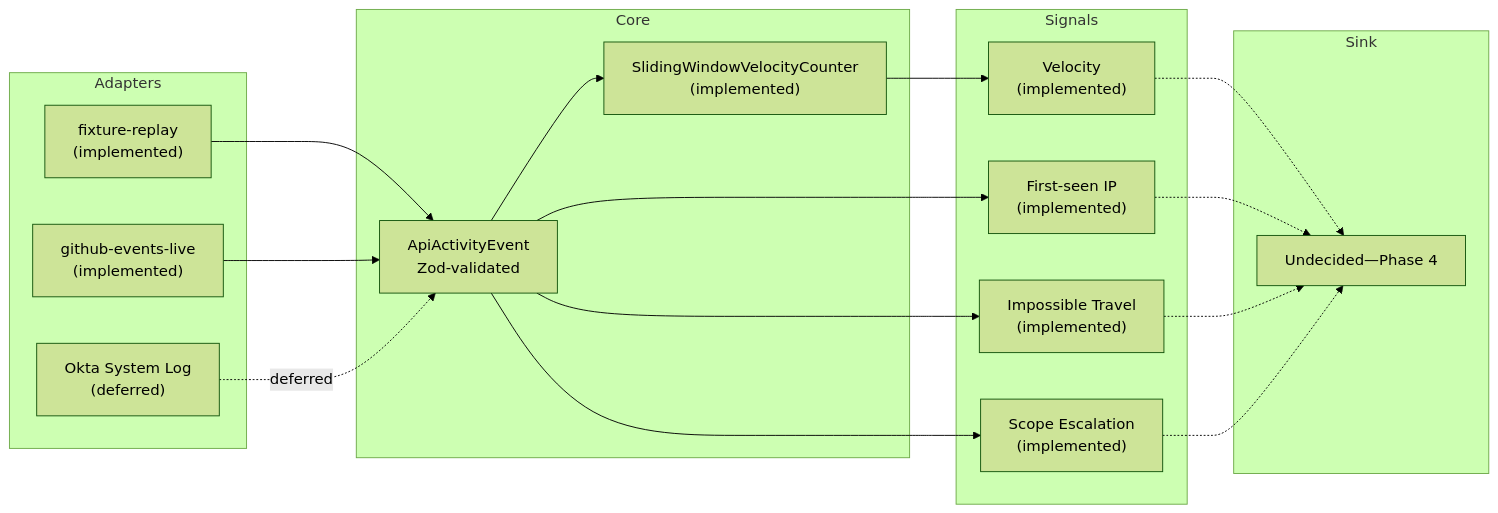
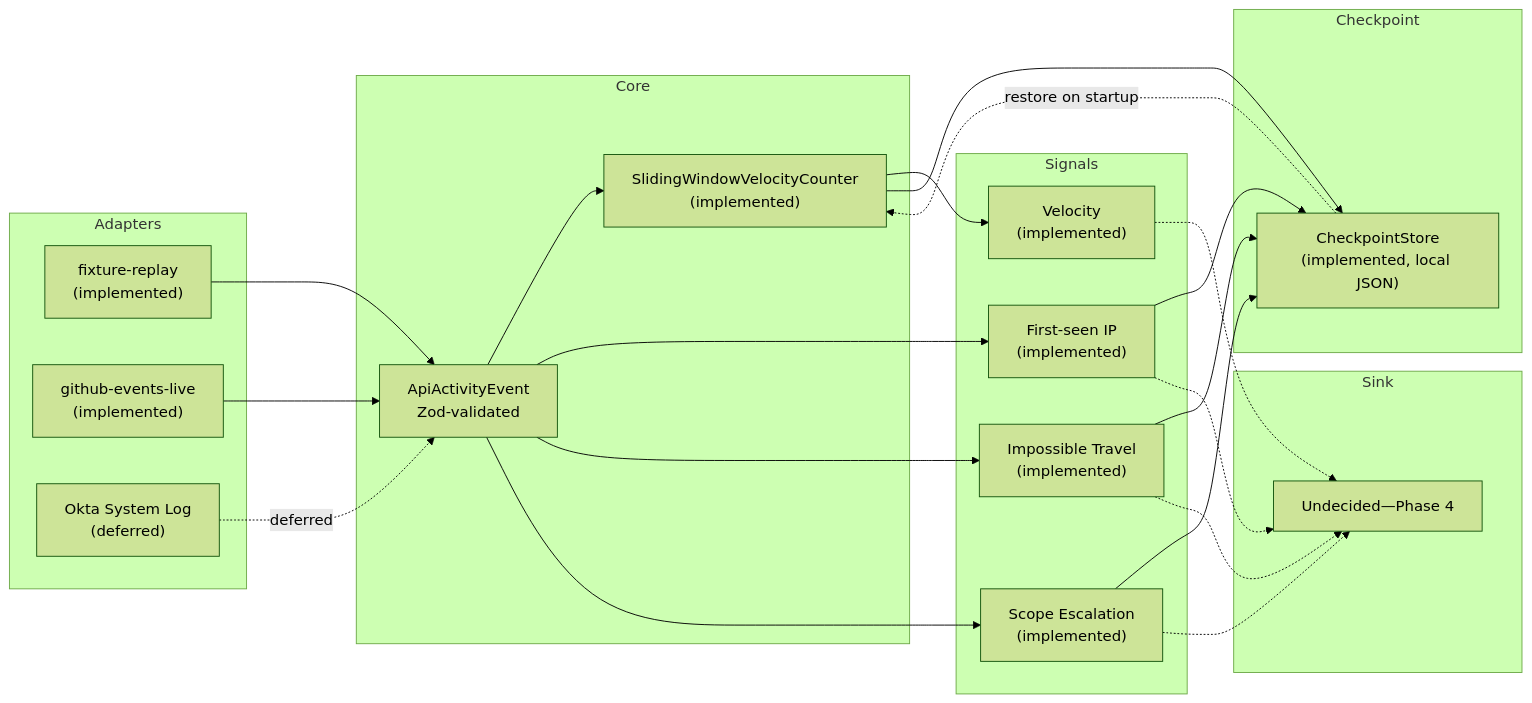
The diagram in README.md (obrienma/Xylem-L6), drawn with Mermaid (forest theme) before and after one commit. The commit also changed other lines of this file and 14 other files, not shown here.

First line of the commit message:
feat(core): add Phase 3 checkpointing — local JSON snapshot + restore-on-restart   (Phase 3)

````diff
--- a/README.md
+++ b/README.md
@@ -84,34 +85,42 @@
 ```mermaid
 flowchart LR
     subgraph Adapters
         F["fixture-replay\n(implemented)"]
         G["github-events-live\n(implemented)"]
         O["Okta System Log\n(deferred)"]
     end
     subgraph Core
         E[ApiActivityEvent\nZod-validated]
         W["SlidingWindowVelocityCounter\n(implemented)"]
     end
     subgraph Signals
         V["Velocity\n(implemented)"]
         FS["First-seen IP\n(implemented)"]
         IT["Impossible Travel\n(implemented)"]
         SE["Scope Escalation\n(implemented)"]
     end
+    subgraph Checkpoint
+        CP["CheckpointStore\n(implemented, local JSON)"]
+    end
     subgraph Sink
         S[Undecided—Phase 4]
     end
 
     F --> E
     G --> E
     O -.->|deferred| E
     E --> W
     E --> FS
     E --> IT
     E --> SE
     W --> V
+    W --> CP
+    FS --> CP
+    IT --> CP
+    SE --> CP
+    CP -.->|restore on startup| W
     V -.-> S
     FS -.-> S
     IT -.-> S
     SE -.-> S
 ```
````
